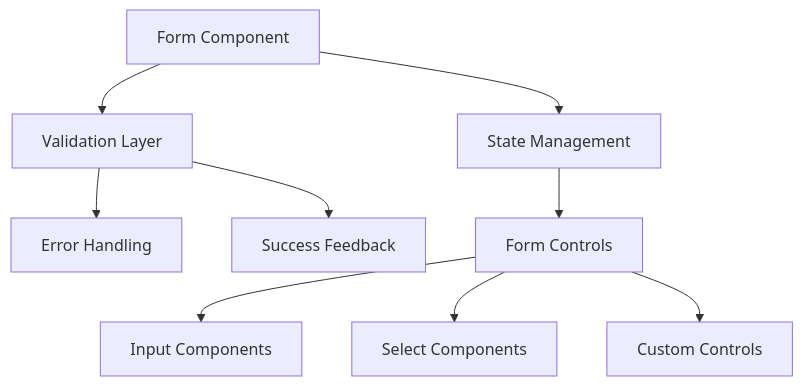
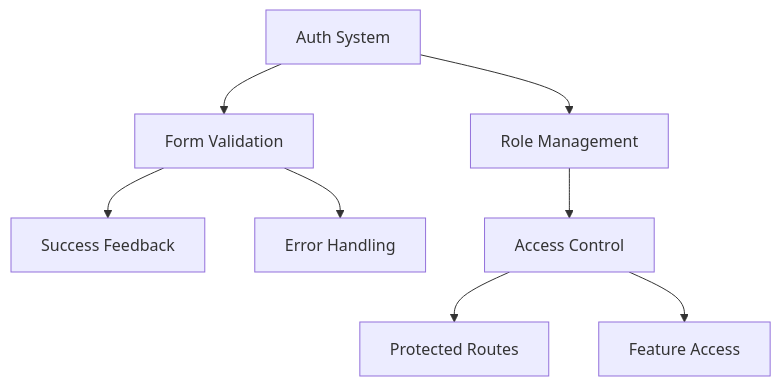
Before and after one commit to mrj0nesmtl/sheltr-v2: the diagram in public/docs/dev/notes/2024-12/ai-prompts.md, drawn with Mermaid. The commit also changed other lines of this file and 38 other files, not shown here.

````diff
--- a/public/docs/dev/notes/2024-12/ai-prompts.md
+++ b/public/docs/dev/notes/2024-12/ai-prompts.md
@@ -83,11 +22,10 @@
 ```mermaid
 graph TD
-    A[Form Component] --> B[Validation Layer]
-    B --> C[Error Handling]
-    B --> D[Success Feedback]
-    A --> E[State Management]
-    E --> F[Form Controls]
-    F --> G[Input Components]
-    F --> H[Select Components]
-    F --> I[Custom Controls]
+    A[Auth System] --> B[Form Validation]
+    B --> C[Success Feedback]
+    B --> D[Error Handling]
+    A --> E[Role Management]
+    E --> F[Access Control]
+    F --> G[Protected Routes]
+    F --> H[Feature Access]
 ```
````
